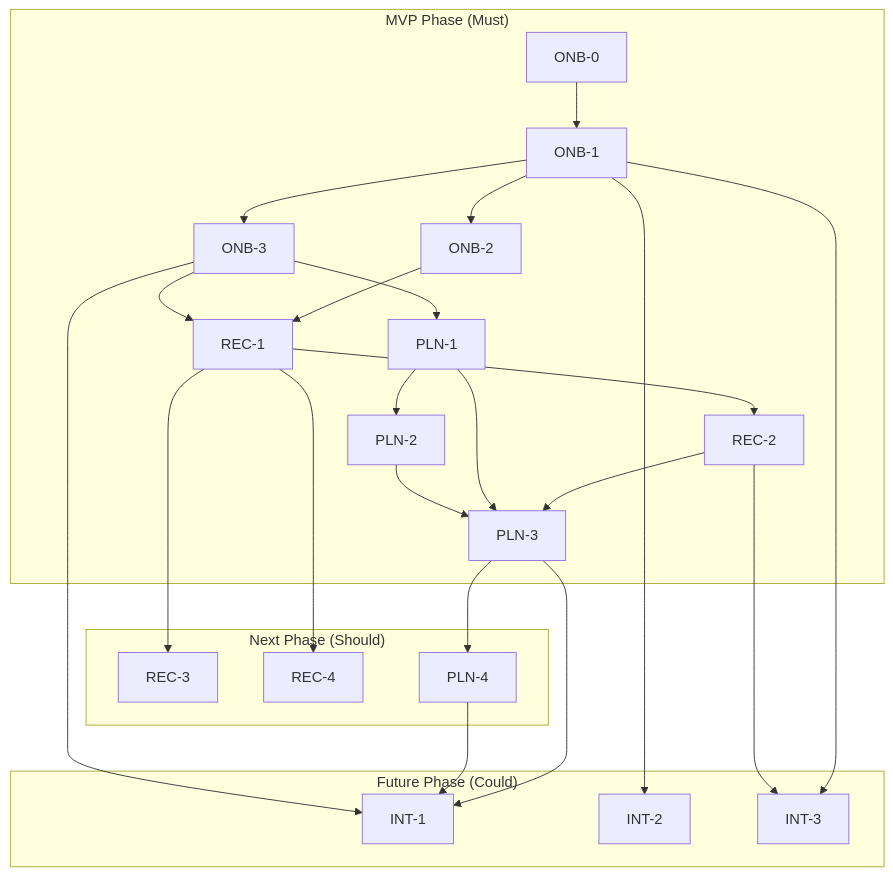
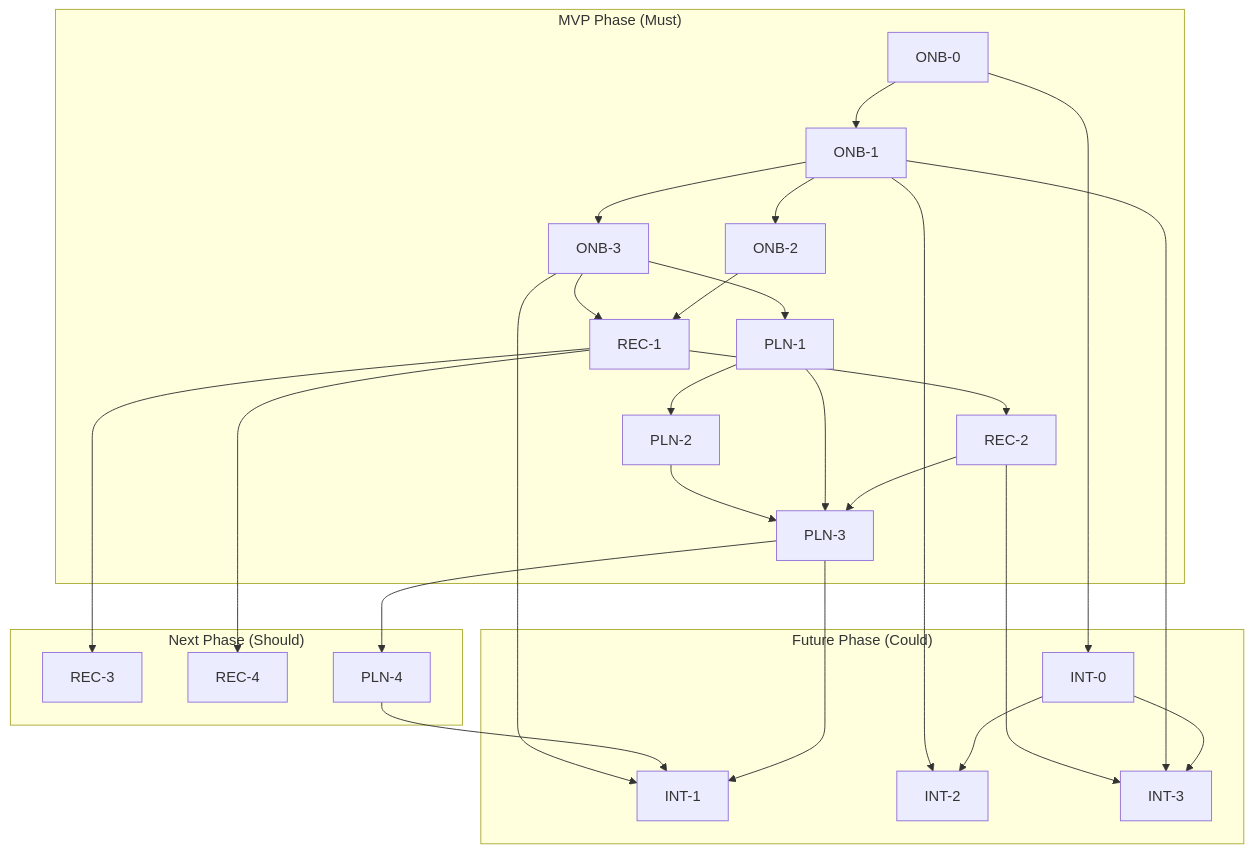
One commit to Kikofah/smartFit_daily changed the diagram in docs/01-requirements/02-plan/release-plan.md. Above: the diagram before and after it, drawn with Mermaid. The commit also changed other lines of this file and 5 other files, not shown here.

````diff
--- a/docs/01-requirements/02-plan/release-plan.md
+++ b/docs/01-requirements/02-plan/release-plan.md
@@ -137,35 +147,39 @@
 ```mermaid
 flowchart TD
     subgraph P1["MVP Phase (Must)"]
         ONB0["ONB-0"] --> ONB1["ONB-1"]
         ONB1 --> ONB2["ONB-2"]
         ONB1 --> ONB3["ONB-3"]
         ONB2 --> REC1["REC-1"]
         ONB3 --> REC1
         REC1 --> REC2["REC-2"]
         ONB3 --> PLN1["PLN-1"]
         PLN1 --> PLN2["PLN-2"]
         REC2 --> PLN3["PLN-3"]
         PLN1 --> PLN3
         PLN2 --> PLN3
     end
     subgraph P2["Next Phase (Should)"]
         REC3["REC-3"]
         REC4["REC-4"]
         PLN4["PLN-4"]
     end
     subgraph P3["Future Phase (Could)"]
+        INT0["INT-0"]
         INT1["INT-1"]
         INT2["INT-2"]
         INT3["INT-3"]
     end
     REC1 --> REC3
     REC1 --> REC4
     PLN3 --> PLN4
     PLN3 --> INT1
     PLN4 --> INT1
     ONB3 --> INT1
+    ONB0 --> INT0
+    INT0 --> INT2
+    INT0 --> INT3
     ONB1 --> INT2
     ONB1 --> INT3
     REC2 --> INT3
 ```
````
